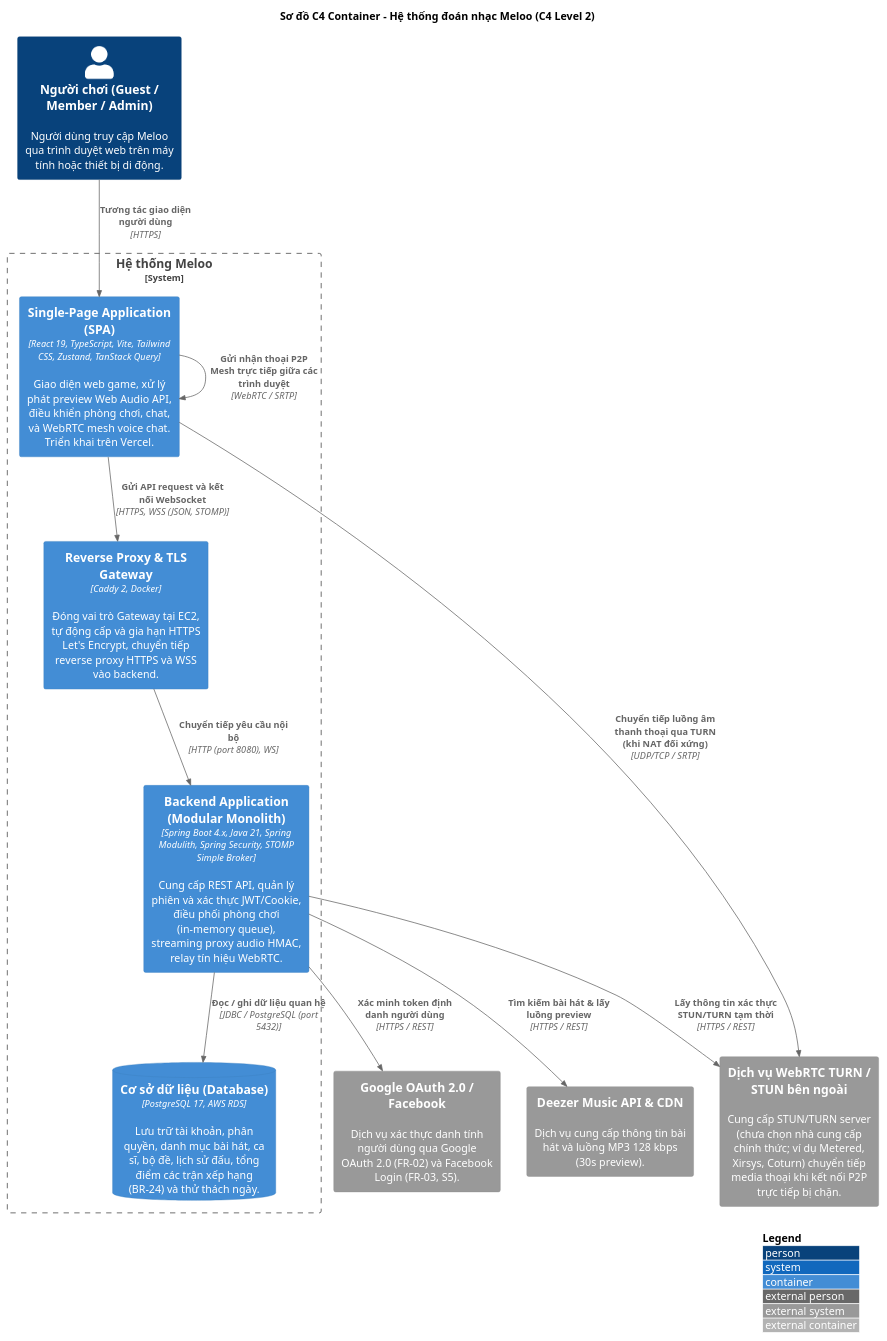
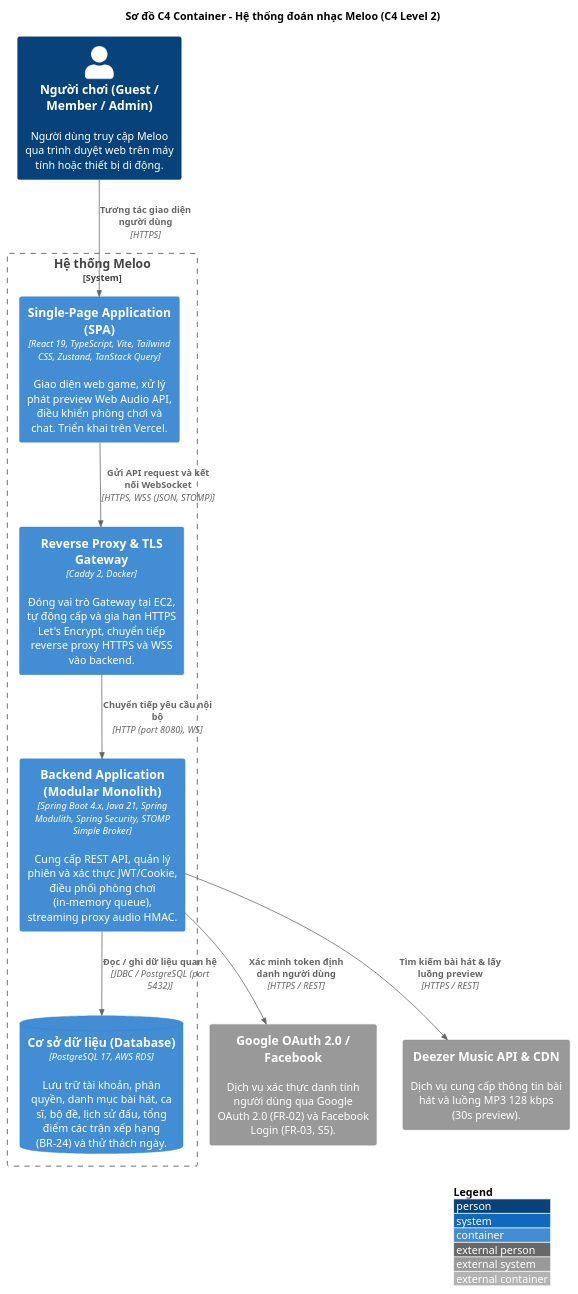
One commit to ThaiDevv/meloo changed the diagram in docs/uml/c4/c4-container.puml. Above: the diagram before and after it, drawn with PlantUML. The commit also changed 32 other files, not shown here.

Commit message:
docs(voice): bỏ voice chat khỏi tài liệu và sơ đồ (#116)

```diff
--- a/docs/uml/c4/c4-container.puml
+++ b/docs/uml/c4/c4-container.puml
@@ -1,36 +1,32 @@
 @startuml c4-container
 !include <C4/C4_Container>
 
 LAYOUT_WITH_LEGEND()
 
 title Sơ đồ C4 Container - Hệ thống đoán nhạc Meloo (C4 Level 2)
 
 Person(user, "Người chơi (Guest / Member / Admin)", "Người dùng truy cập Meloo qua trình duyệt web trên máy tính hoặc thiết bị di động.")
 
 System_Boundary(c1, "Hệ thống Meloo") {
-    Container(fe, "Single-Page Application (SPA)", "React 19, TypeScript, Vite, Tailwind CSS, Zustand, TanStack Query", "Giao diện web game, xử lý phát preview Web Audio API, điều khiển phòng chơi, chat, và WebRTC mesh voice chat. Triển khai trên Vercel.")
+    Container(fe, "Single-Page Application (SPA)", "React 19, TypeScript, Vite, Tailwind CSS, Zustand, TanStack Query", "Giao diện web game, xử lý phát preview Web Audio API, điều khiển phòng chơi và chat. Triển khai trên Vercel.")
     
     Container(caddy, "Reverse Proxy & TLS Gateway", "Caddy 2, Docker", "Đóng vai trò Gateway tại EC2, tự động cấp và gia hạn HTTPS Let's Encrypt, chuyển tiếp reverse proxy HTTPS và WSS vào backend.")
     
-    Container(be, "Backend Application (Modular Monolith)", "Spring Boot 4.x, Java 21, Spring Modulith, Spring Security, STOMP Simple Broker", "Cung cấp REST API, quản lý phiên và xác thực JWT/Cookie, điều phối phòng chơi (in-memory queue), streaming proxy audio HMAC, relay tín hiệu WebRTC.")
+    Container(be, "Backend Application (Modular Monolith)", "Spring Boot 4.x, Java 21, Spring Modulith, Spring Security, STOMP Simple Broker", "Cung cấp REST API, quản lý phiên và xác thực JWT/Cookie, điều phối phòng chơi (in-memory queue), streaming proxy audio HMAC.")
     
     ContainerDb(db, "Cơ sở dữ liệu (Database)", "PostgreSQL 17, AWS RDS", "Lưu trữ tài khoản, phân quyền, danh mục bài hát, ca sĩ, bộ đề, lịch sử đấu, tổng điểm các trận xếp hạng (BR-24) và thử thách ngày.")
 }
 
 System_Ext(auth_providers, "Google OAuth 2.0 / Facebook", "Dịch vụ xác thực danh tính người dùng qua Google OAuth 2.0 (FR-02) và Facebook Login (FR-03, S5).")
 System_Ext(deezer, "Deezer Music API & CDN", "Dịch vụ cung cấp thông tin bài hát và luồng MP3 128 kbps (30s preview).")
-System_Ext(turn, "Dịch vụ WebRTC TURN / STUN bên ngoài", "Cung cấp STUN/TURN server (chưa chọn nhà cung cấp chính thức; ví dụ Metered, Xirsys, Coturn) chuyển tiếp media thoại khi kết nối P2P trực tiếp bị chặn.")
 
 Rel(user, fe, "Tương tác giao diện người dùng", "HTTPS")
 Rel(fe, caddy, "Gửi API request và kết nối WebSocket", "HTTPS, WSS (JSON, STOMP)")
 Rel(caddy, be, "Chuyển tiếp yêu cầu nội bộ", "HTTP (port 8080), WS")
 Rel(be, db, "Đọc / ghi dữ liệu quan hệ", "JDBC / PostgreSQL (port 5432)")
 
 Rel(be, auth_providers, "Xác minh token định danh người dùng", "HTTPS / REST")
 Rel(be, deezer, "Tìm kiếm bài hát & lấy luồng preview", "HTTPS / REST")
-Rel(be, turn, "Lấy thông tin xác thực STUN/TURN tạm thời", "HTTPS / REST")
 
-Rel(fe, turn, "Chuyển tiếp luồng âm thanh thoại qua TURN (khi NAT đối xứng)", "UDP/TCP / SRTP")
-Rel(fe, fe, "Gửi nhận thoại P2P Mesh trực tiếp giữa các trình duyệt", "WebRTC / SRTP")
 
 @enduml
```
